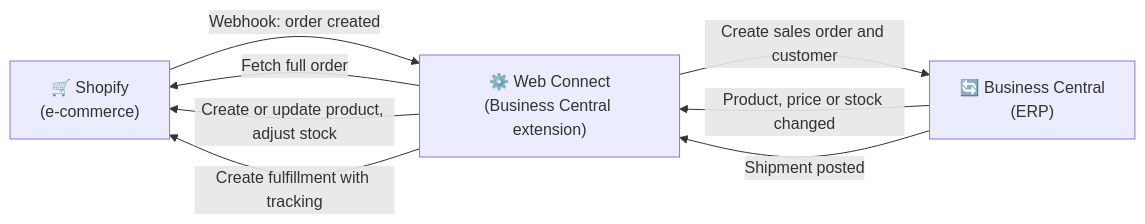
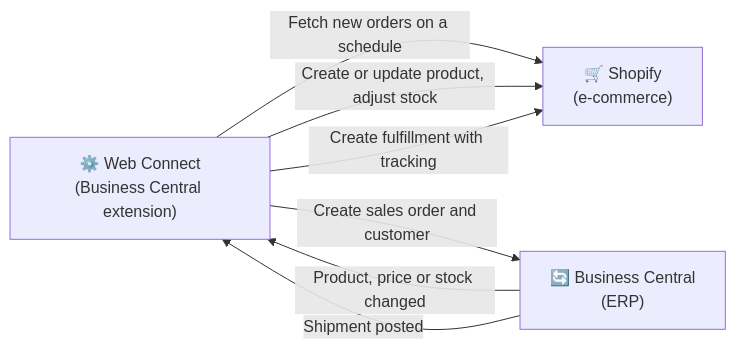
The first of 3 diagrams in docs/products/web-connect/integrations/shopify/README.md (Combine-IT-ab/docs-general), drawn with Mermaid before and after one commit. The commit also changed other lines of this file, not shown here.

First line of the commit message:
Shopify: ordrar hämtas schemalagt, inte via webhook (docs-internal#51) (#28)

````diff
--- a/docs/products/web-connect/integrations/shopify/README.md
+++ b/docs/products/web-connect/integrations/shopify/README.md
@@ -67,14 +67,13 @@
 ```mermaid
 graph LR
     A["🛒 Shopify<br/>(e-commerce)"]
     B["⚙️ Web Connect<br/>(Business Central extension)"]
     C["🔄 Business Central<br/>(ERP)"]
 
-    A -->|Webhook: order created| B
-    B -->|Fetch full order| A
+    B -->|Fetch new orders on a schedule| A
     B -->|Create sales order and customer| C
     C -->|Product, price or stock changed| B
     B -->|Create or update product, adjust stock| A
     C -->|Shipment posted| B
     B -->|Create fulfillment with tracking| A
 ```
````
